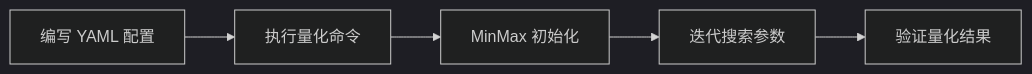
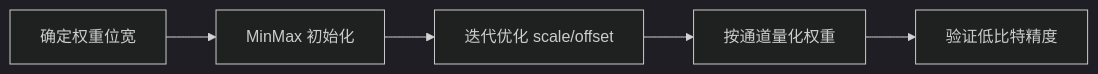
Before and after one commit to mindstudio-docs/master: the diagram in msmodelslim/docs/zh/knowledge_base/quantization_algorithms/ssz/usage_ssz.md, drawn with Mermaid (dark theme). The commit also changed other lines of this file and 73 other files, not shown here.

````diff
--- a/msmodelslim/docs/zh/knowledge_base/quantization_algorithms/ssz/usage_ssz.md
+++ b/msmodelslim/docs/zh/knowledge_base/quantization_algorithms/ssz/usage_ssz.md
@@ -41,7 +24,7 @@
 ```mermaid
 flowchart LR
-    A[编写 YAML 配置] --> B[执行量化命令]
-    B --> C[MinMax 初始化]
-    C --> D[迭代搜索参数]
-    D --> E[验证量化结果]
+    A[确定权重位宽] --> B[MinMax 初始化]
+    B[MinMax 初始化] --> C[迭代优化 scale/offset]
+    C[迭代优化 scale/offset] --> D[按通道量化权重]
+    D[按通道量化权重] --> E[验证低比特精度]
 ```
````
